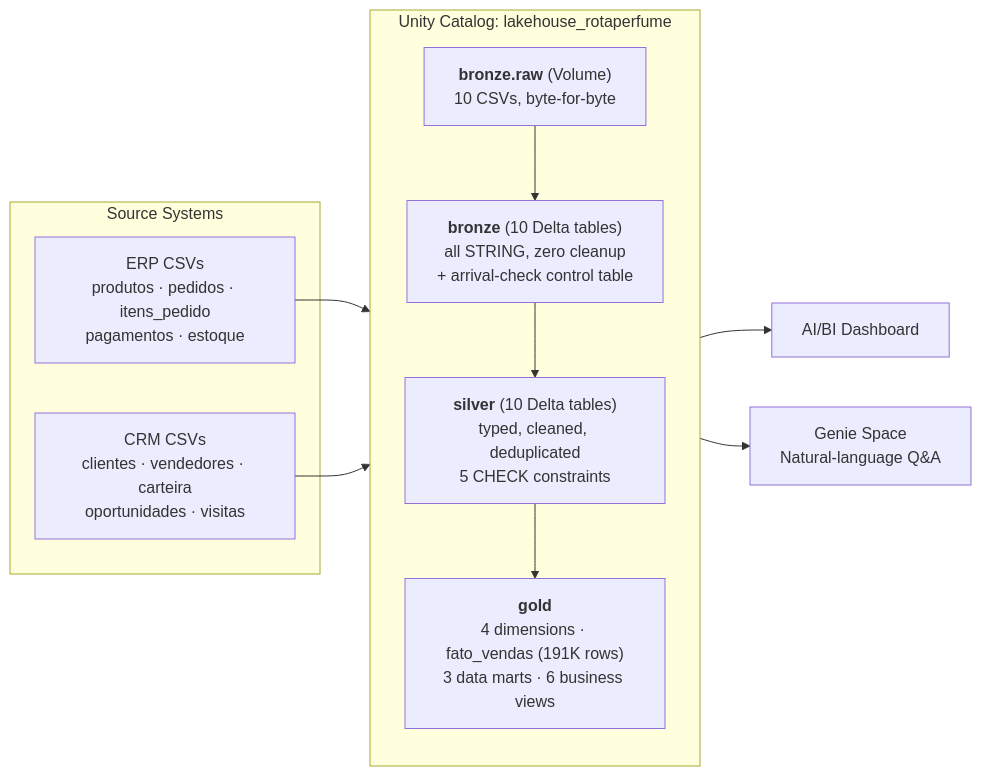
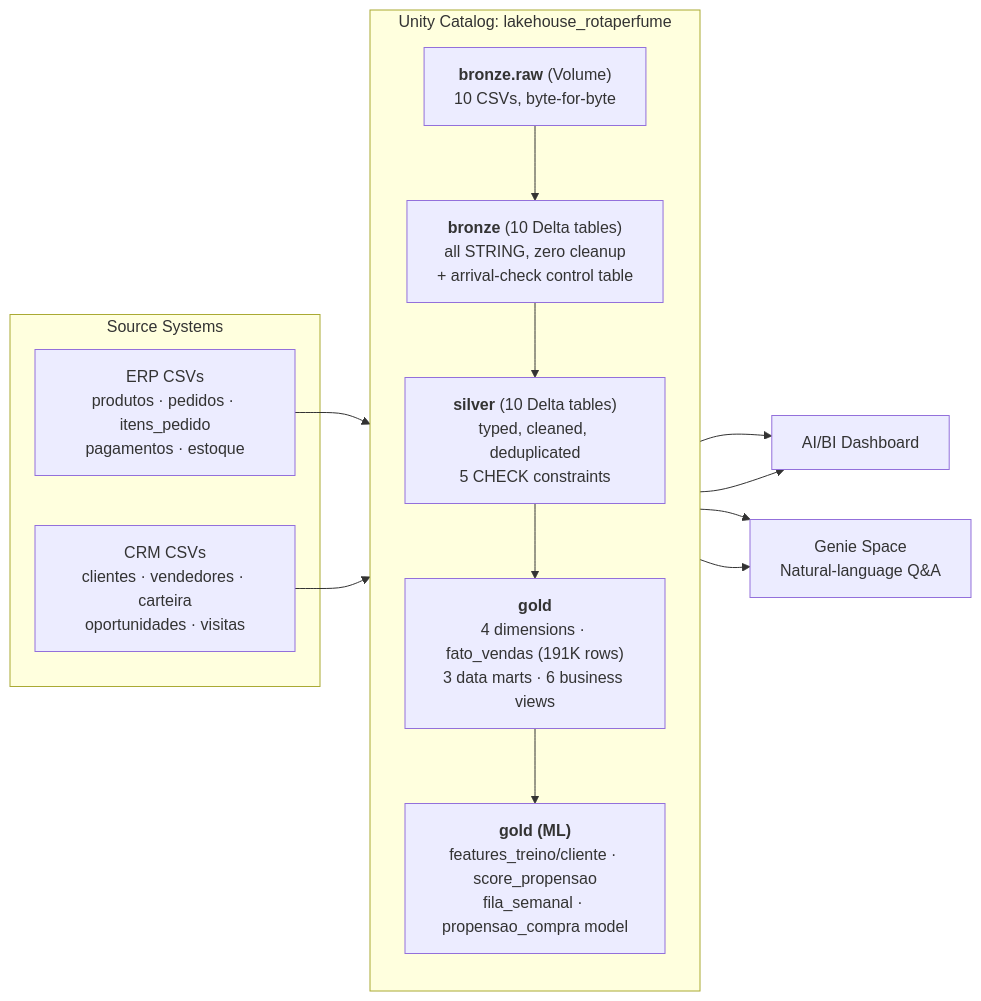
The first of 2 diagrams in README.md (juliocbarros/LakehgousePerfume), drawn with Mermaid before and after one commit. The commit also changed other lines of this file, not shown here.

First line of the commit message:
Update README with the ML layer (features, model, weekly queue)

````diff
--- a/README.md
+++ b/README.md
@@ -20,22 +21,25 @@
 ```mermaid
 flowchart LR
     subgraph Source["Source Systems"]
         ERP[ERP CSVs<br/>produtos · pedidos · itens_pedido<br/>pagamentos · estoque]
         CRM[CRM CSVs<br/>clientes · vendedores · carteira<br/>oportunidades · visitas]
     end
 
     subgraph UC["Unity Catalog: lakehouse_rotaperfume"]
         direction TB
         RAW["<b>bronze.raw</b> (Volume)<br/>10 CSVs, byte-for-byte"]
         BRONZE["<b>bronze</b> (10 Delta tables)<br/>all STRING, zero cleanup<br/>+ arrival-check control table"]
         SILVER["<b>silver</b> (10 Delta tables)<br/>typed, cleaned, deduplicated<br/>5 CHECK constraints"]
         GOLD["<b>gold</b><br/>4 dimensions · fato_vendas (191K rows)<br/>3 data marts · 6 business views"]
-        RAW --> BRONZE --> SILVER --> GOLD
+        ML["<b>gold (ML)</b><br/>features_treino/cliente · score_propensao<br/>fila_semanal · propensao_compra model"]
+        RAW --> BRONZE --> SILVER --> GOLD --> ML
     end
 
     ERP --> RAW
     CRM --> RAW
 
     GOLD --> DASH[AI/BI Dashboard]
+    ML --> DASH
     GOLD --> GENIE[Genie Space<br/>Natural-language Q&A]
+    ML --> GENIE
 ```
````
